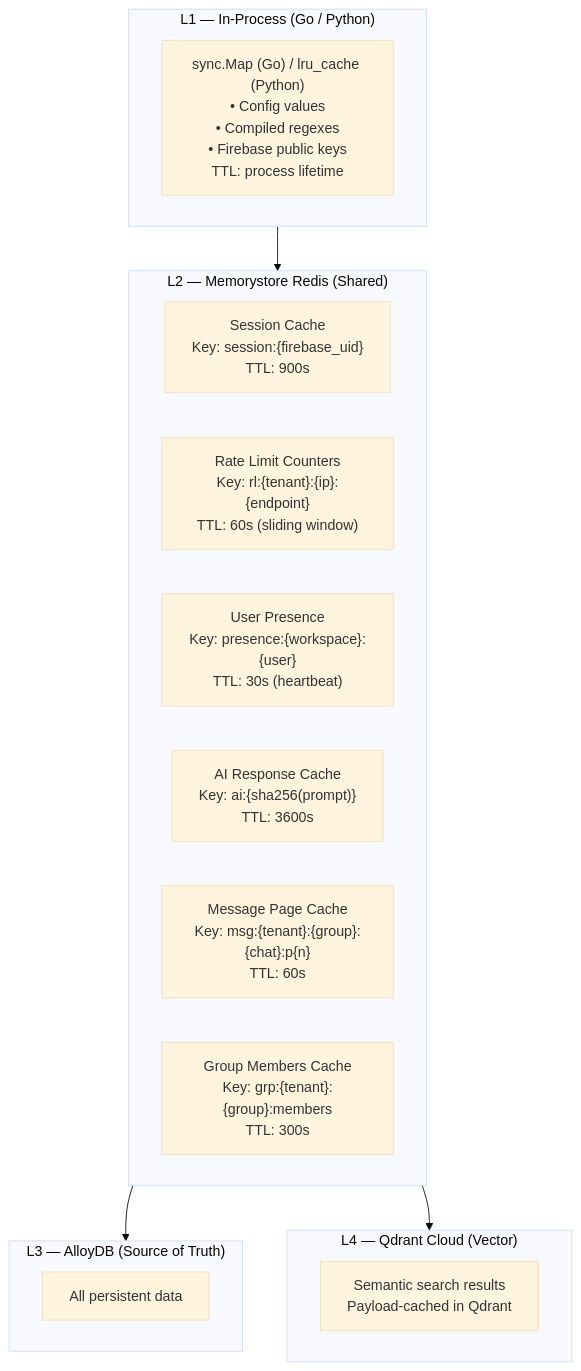
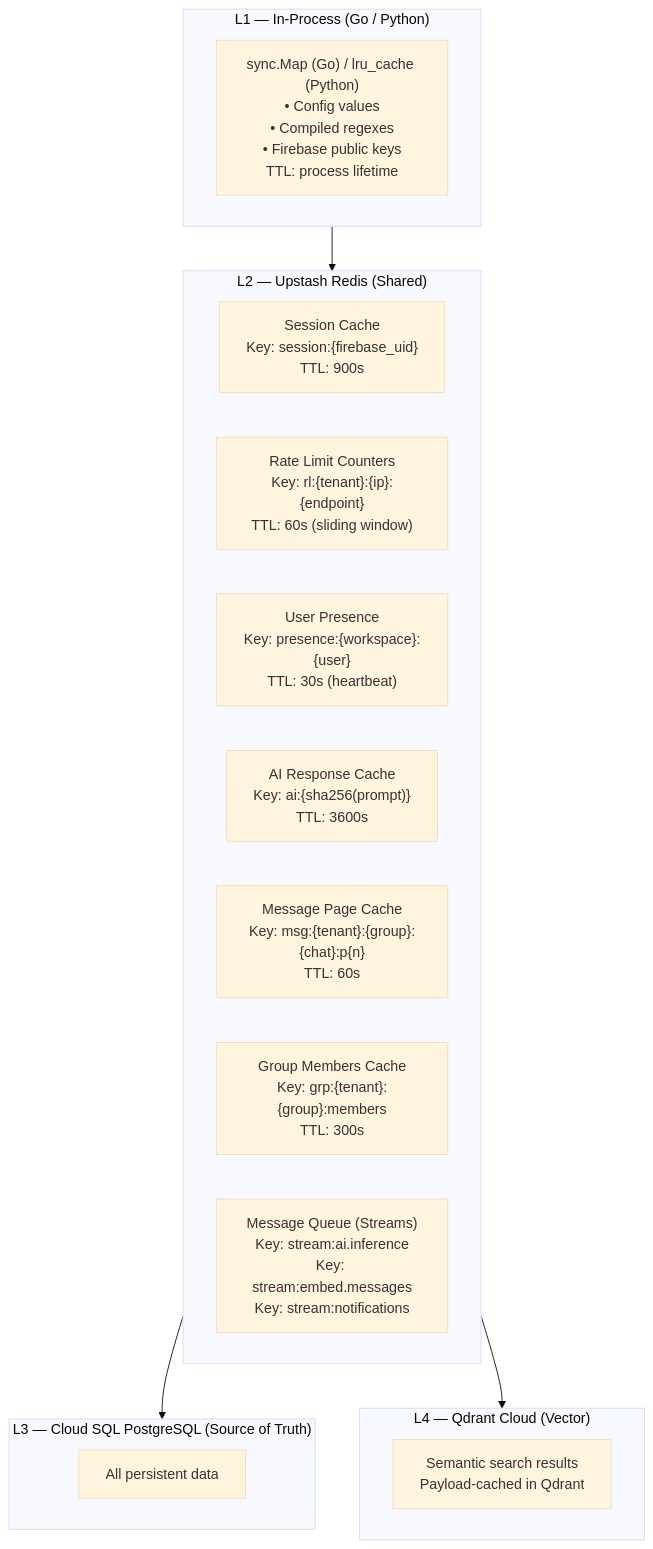
Before and after one commit to Nexus-chat-5039/Nexus-chat: diagram 11 of 24 in ARCHITECTURE.md, drawn with Mermaid (base theme). The commit also changed other lines of this file and 38 other files, not shown here.

Commit message:
feat: implement minimal architecture with custom JWT auth

````diff
--- a/ARCHITECTURE.md
+++ b/ARCHITECTURE.md
@@ -808,26 +830,27 @@
 ```mermaid
 graph TD
     subgraph L1["L1 — In-Process (Go / Python)"]
         IPC["sync.Map (Go) / lru_cache (Python)\n• Config values\n• Compiled regexes\n• Firebase public keys\nTTL: process lifetime"]
     end
 
-    subgraph L2["L2 — Memorystore Redis (Shared)"]
+    subgraph L2["L2 — Upstash Redis (Shared)"]
         SESS["Session Cache\nKey: session:{firebase_uid}\nTTL: 900s"]
         RATE["Rate Limit Counters\nKey: rl:{tenant}:{ip}:{endpoint}\nTTL: 60s (sliding window)"]
         PRES["User Presence\nKey: presence:{workspace}:{user}\nTTL: 30s (heartbeat)"]
         AICC["AI Response Cache\nKey: ai:{sha256(prompt)}\nTTL: 3600s"]
         MSGC["Message Page Cache\nKey: msg:{tenant}:{group}:{chat}:p{n}\nTTL: 60s"]
         GRPC["Group Members Cache\nKey: grp:{tenant}:{group}:members\nTTL: 300s"]
+        STRM["Message Queue (Streams)\nKey: stream:ai.inference\nKey: stream:embed.messages\nKey: stream:notifications"]
     end
 
-    subgraph L3["L3 — AlloyDB (Source of Truth)"]
+    subgraph L3["L3 — Cloud SQL PostgreSQL (Source of Truth)"]
         MDB["All persistent data"]
     end
 
     subgraph L4["L4 — Qdrant Cloud (Vector)"]
         QDR["Semantic search results\nPayload-cached in Qdrant"]
     end
 
     L1 --> L2 --> L3
     L2 --> L4
 ```
````
